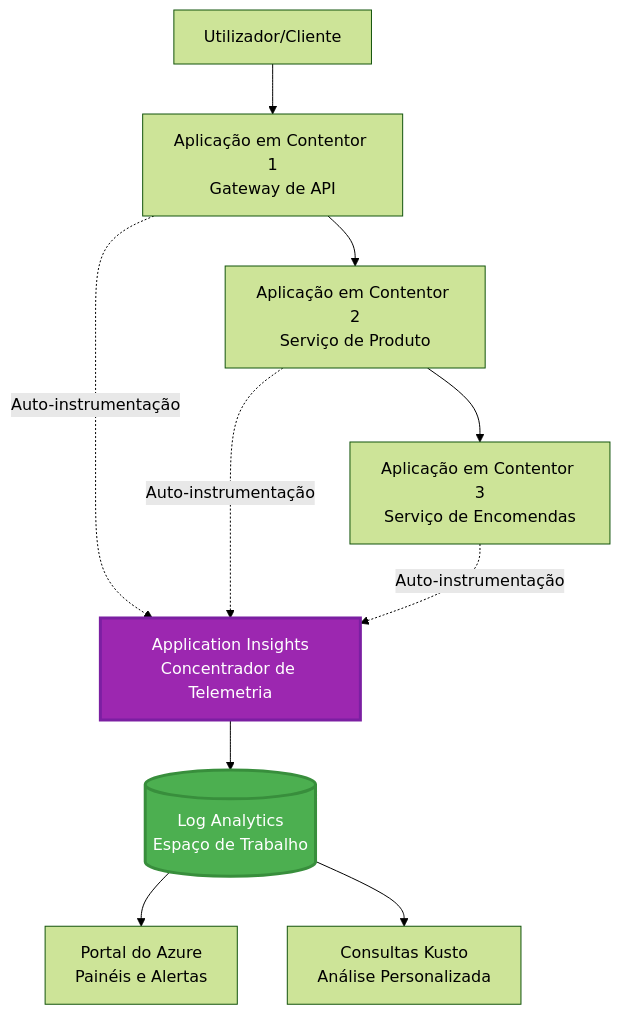
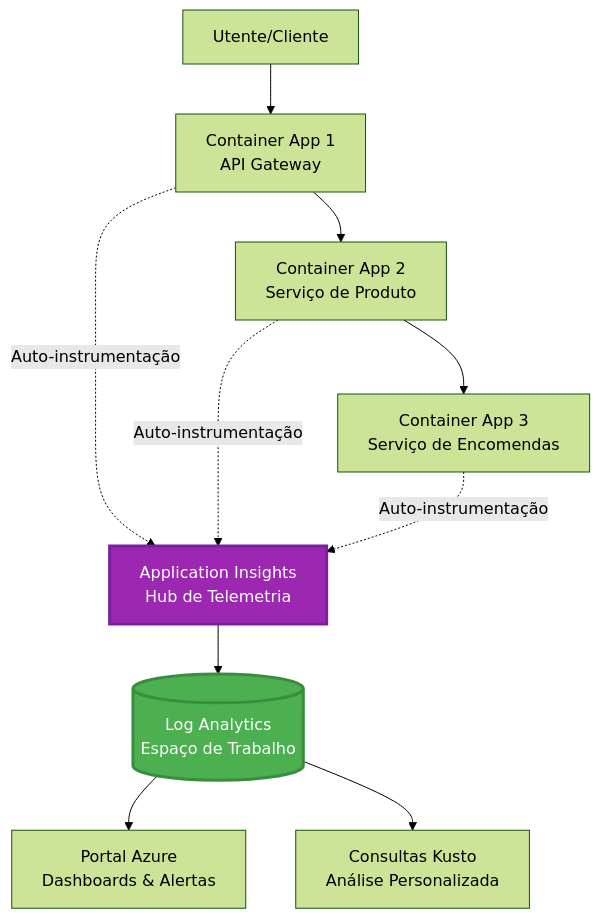
One commit to microsoft/AZD-for-beginners changed the first of 2 diagrams in translations/pt-PT/docs/chapter-06-pre-deployment/application-insights.md. Above: the diagram before and after it, drawn with Mermaid (forest theme). The commit also changed other lines of this file and 101 other files, not shown here.

````diff
--- a/translations/pt-PT/docs/chapter-06-pre-deployment/application-insights.md
+++ b/translations/pt-PT/docs/chapter-06-pre-deployment/application-insights.md
@@ -58,28 +58,28 @@
 ```mermaid
 graph TB
-    User[Utilizador/Cliente]
-    App1[Aplicação em Contentor 1<br/>Gateway de API]
-    App2[Aplicação em Contentor 2<br/>Serviço de Produto]
-    App3[Aplicação em Contentor 3<br/>Serviço de Encomendas]
+    User[Utente/Cliente]
+    App1[Container App 1<br/>API Gateway]
+    App2[Container App 2<br/>Serviço de Produto]
+    App3[Container App 3<br/>Serviço de Encomendas]
     
-    AppInsights[Application Insights<br/>Concentrador de Telemetria]
+    AppInsights[Application Insights<br/>Hub de Telemetria]
     LogAnalytics[(Log Analytics<br/>Espaço de Trabalho)]
     
-    Portal[Portal do Azure<br/>Painéis e Alertas]
+    Portal[Portal Azure<br/>Dashboards & Alertas]
     Query[Consultas Kusto<br/>Análise Personalizada]
     
     User --> App1
     App1 --> App2
     App2 --> App3
     
     App1 -.->|Auto-instrumentação| AppInsights
     App2 -.->|Auto-instrumentação| AppInsights
     App3 -.->|Auto-instrumentação| AppInsights
     
     AppInsights --> LogAnalytics
     LogAnalytics --> Portal
     LogAnalytics --> Query
     
     style AppInsights fill:#9C27B0,stroke:#7B1FA2,stroke-width:3px,color:#fff
     style LogAnalytics fill:#4CAF50,stroke:#388E3C,stroke-width:3px,color:#fff
 ```
````
